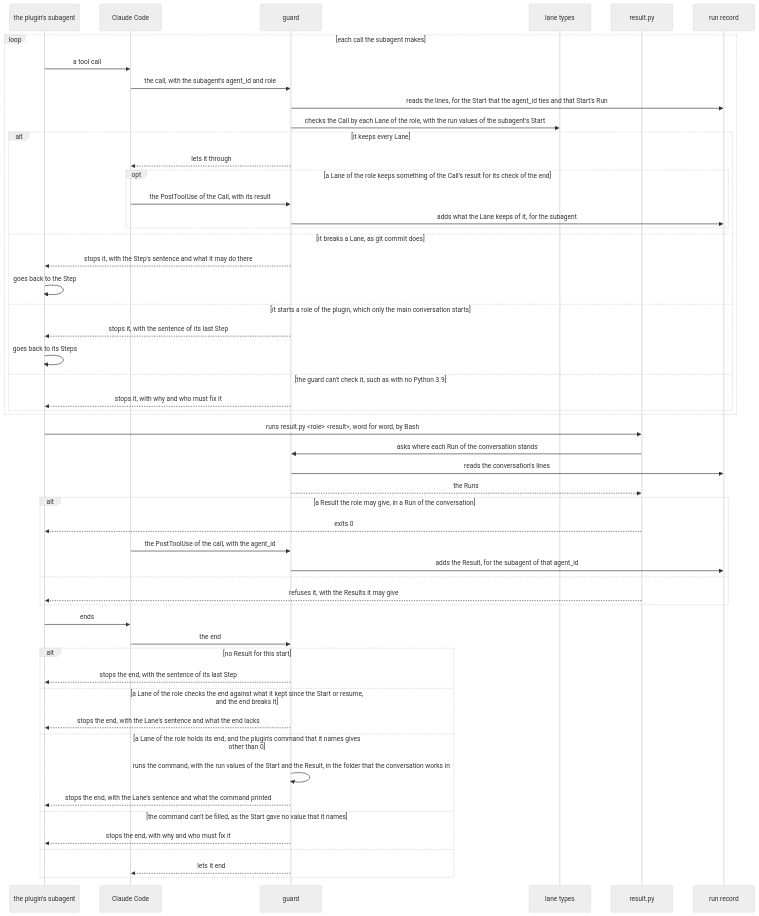
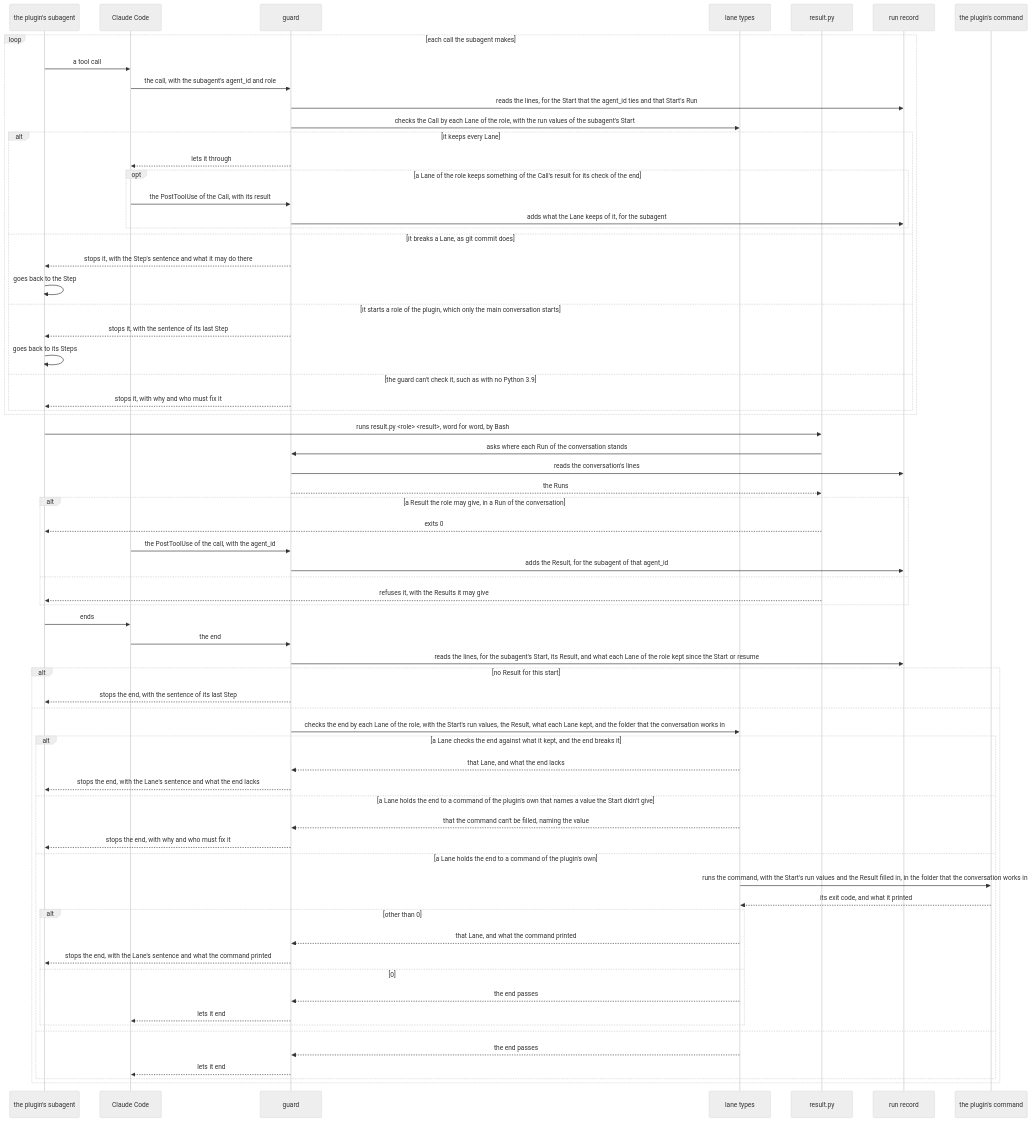
One commit to lovaizu/ccpm changed the sixth of 7 diagrams in dev/lane/architecture.md. Above: the diagram before and after it, drawn with Mermaid (neutral theme). The commit also changed other lines of this file and 3 other files, not shown here.

First line of the commit message:
lane's architecture: the guard asks the lane types to check an end, and the ends_checked lane type runs the plugin's command along its own arrow, and the internals of the run record, the Laid, and the guard's asks of the adapter stay in their code

````diff
--- a/dev/lane/architecture.md
+++ b/dev/lane/architecture.md
@@ -705,55 +714,70 @@
 ```mermaid
 sequenceDiagram
   participant SA as the plugin's subagent
   participant CC as Claude Code
   participant G as guard
   participant T as lane types
   participant R as result.py
   participant RS as run record
+  participant PC as the plugin's command
   loop each call the subagent makes
     SA->>CC: a tool call
     CC->>G: the call, with the subagent's agent_id and role
     G->>RS: reads the lines, for the Start that the agent_id ties and that Start's Run
     G->>T: checks the Call by each Lane of the role, with the run values of the subagent's Start
     alt it keeps every Lane
       G-->>CC: lets it through
       opt a Lane of the role keeps something of the Call's result for its check of the end
         CC->>G: the PostToolUse of the Call, with its result
         G->>RS: adds what the Lane keeps of it, for the subagent
       end
     else it breaks a Lane, as git commit does
       G-->>SA: stops it, with the Step's sentence and what it may do there
       SA->>SA: goes back to the Step
     else it starts a role of the plugin, which only the main conversation starts
       G-->>SA: stops it, with the sentence of its last Step
       SA->>SA: goes back to its Steps
     else the guard can't check it, such as with no Python 3.9
       G-->>SA: stops it, with why and who must fix it
     end
   end
   SA->>R: runs result.py <role> <result>, word for word, by Bash
   R->>G: asks where each Run of the conversation stands
   G->>RS: reads the conversation's lines
   G-->>R: the Runs
   alt a Result the role may give, in a Run of the conversation
     R-->>SA: exits 0
     CC->>G: the PostToolUse of the call, with the agent_id
     G->>RS: adds the Result, for the subagent of that agent_id
   else
     R-->>SA: refuses it, with the Results it may give
   end
   SA->>CC: ends
   CC->>G: the end
+  G->>RS: reads the lines, for the subagent's Start, its Result, and what each Lane of the role kept since the Start or resume
   alt no Result for this start
     G-->>SA: stops the end, with the sentence of its last Step
-  else a Lane of the role checks the end against what it kept since the Start or resume, and the end breaks it
-    G-->>SA: stops the end, with the Lane's sentence and what the end lacks
-  else a Lane of the role holds its end, and the plugin's command that it names gives other than 0
-    G->>G: runs the command, with the run values of the Start and the Result, in the folder that the conversation works in
-    G-->>SA: stops the end, with the Lane's sentence and what the command printed
-  else the command can't be filled, as the Start gave no value that it names
-    G-->>SA: stops the end, with why and who must fix it
   else
-    G-->>CC: lets it end
+    G->>T: checks the end by each Lane of the role, with the Start's run values, the Result, what each Lane kept, and the folder that the conversation works in
+    alt a Lane checks the end against what it kept, and the end breaks it
+      T-->>G: that Lane, and what the end lacks
+      G-->>SA: stops the end, with the Lane's sentence and what the end lacks
+    else a Lane holds the end to a command of the plugin's own that names a value the Start didn't give
+      T-->>G: that the command can't be filled, naming the value
+      G-->>SA: stops the end, with why and who must fix it
+    else a Lane holds the end to a command of the plugin's own
+      T->>PC: runs the command, with the Start's run values and the Result filled in, in the folder that the conversation works in
+      PC-->>T: its exit code, and what it printed
+      alt other than 0
+        T-->>G: that Lane, and what the command printed
+        G-->>SA: stops the end, with the Lane's sentence and what the command printed
+      else 0
+        T-->>G: the end passes
+        G-->>CC: lets it end
+      end
+    else
+      T-->>G: the end passes
+      G-->>CC: lets it end
+    end
   end
 ```
````
